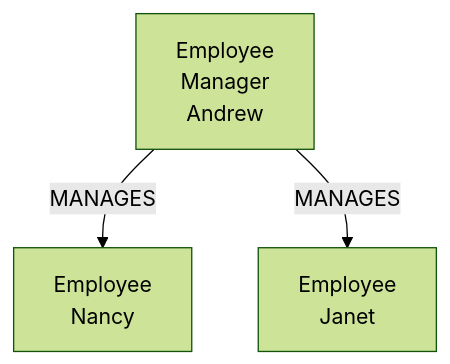
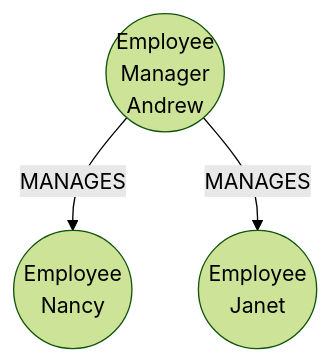
One commit to neo4j-graphacademy/courses changed diagram 11 of 13 in asciidoc/courses/workshop-importing/modules/2-data-modeling/lessons/7-refactoring/lesson.adoc. Above: the diagram before and after it, drawn with Mermaid (forest theme). The commit also changed other lines of this file and 15 other files, not shown here.

````diff
--- a/asciidoc/courses/workshop-importing/modules/2-data-modeling/lessons/7-refactoring/lesson.adoc
+++ b/asciidoc/courses/workshop-importing/modules/2-data-modeling/lessons/7-refactoring/lesson.adoc
@@ -216,5 +216,5 @@
 ```mermaid
 graph TB
-    E1[Employee<br/>Manager<br/>Andrew] -->|MANAGES| E2[Employee<br/>Nancy]
-    E1 -->|MANAGES| E3[Employee<br/>Janet]
+    E1((Employee<br/>Manager<br/>Andrew)) -->|MANAGES| E2((Employee<br/>Nancy))
+    E1 -->|MANAGES| E3((Employee<br/>Janet))
 ```
````
